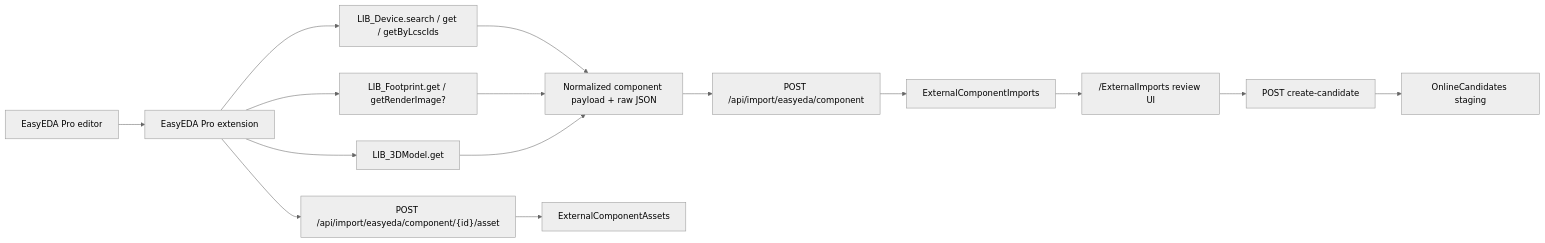
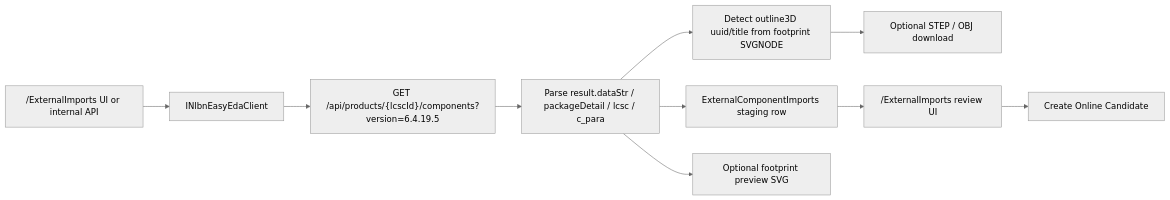
The diagram in docs/EASYEDA_IMPORT.md (gregrgr/Cadence-Component-Library), drawn with Mermaid (neutral theme) before and after one commit. The commit also changed other lines of this file and 31 other files, not shown here.

Commit message:
Replace EasyEDA Pro import with nlbn-style EasyEDA/LCSC backend client

````diff
--- a/docs/EASYEDA_IMPORT.md
+++ b/docs/EASYEDA_IMPORT.md
@@ -19,17 +16,12 @@
 ```mermaid
 flowchart LR
-    A["EasyEDA Pro editor"] --> B["EasyEDA Pro extension"]
-    B --> C["LIB_Device.search / get / getByLcscIds"]
-    B --> D["LIB_Footprint.get / getRenderImage?"]
-    B --> E["LIB_3DModel.get"]
-    C --> F["Normalized component payload + raw JSON"]
-    D --> F
-    E --> F
-    F --> G["POST /api/import/easyeda/component"]
-    B --> H["POST /api/import/easyeda/component/{id}/asset"]
-    G --> I["ExternalComponentImports"]
-    H --> J["ExternalComponentAssets"]
-    I --> K["/ExternalImports review UI"]
-    K --> L["POST create-candidate"]
-    L --> M["OnlineCandidates staging"]
+    A["/ExternalImports UI or internal API"] --> B["INlbnEasyEdaClient"]
+    B --> C["GET /api/products/{lcscId}/components?version=6.4.19.5"]
+    C --> D["Parse result.dataStr / packageDetail / lcsc / c_para"]
+    D --> E["ExternalComponentImports staging row"]
+    D --> F["Detect outline3D uuid/title from footprint SVGNODE"]
+    F --> G["Optional STEP / OBJ download"]
+    D --> H["Optional footprint preview SVG"]
+    E --> I["/ExternalImports review UI"]
+    I --> J["Create Online Candidate"]
 ```
````
